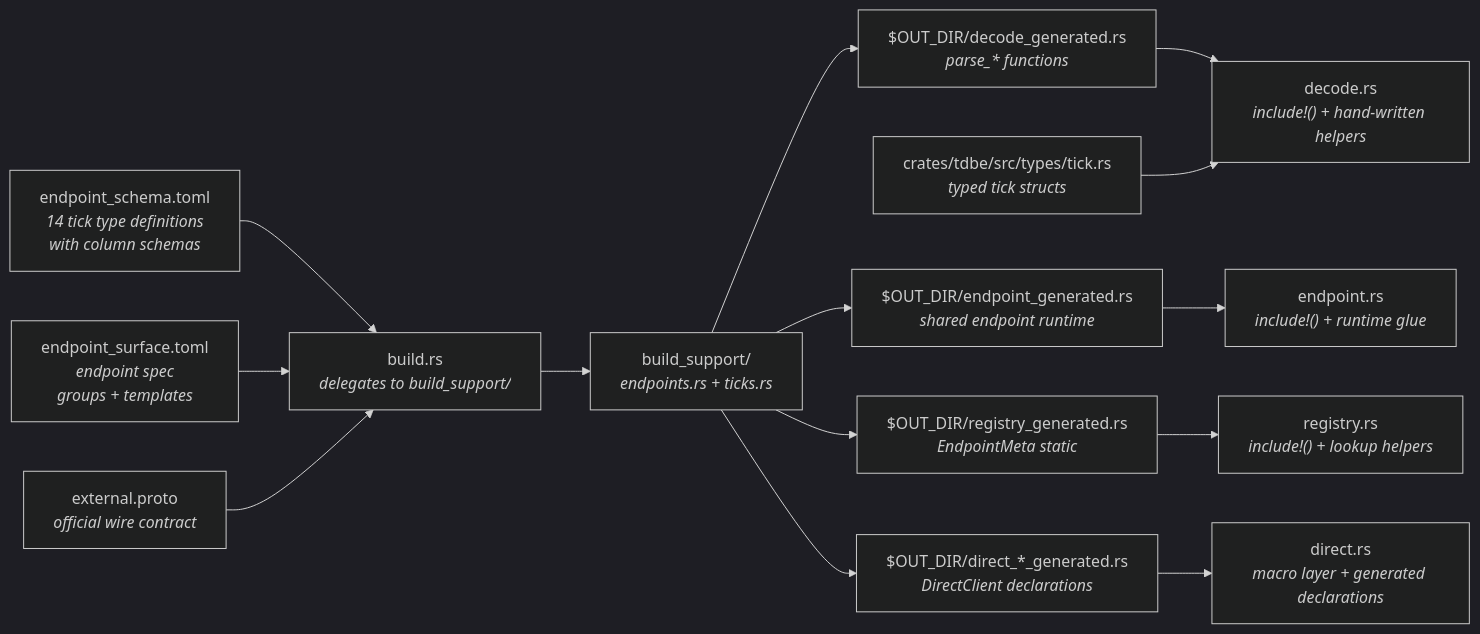
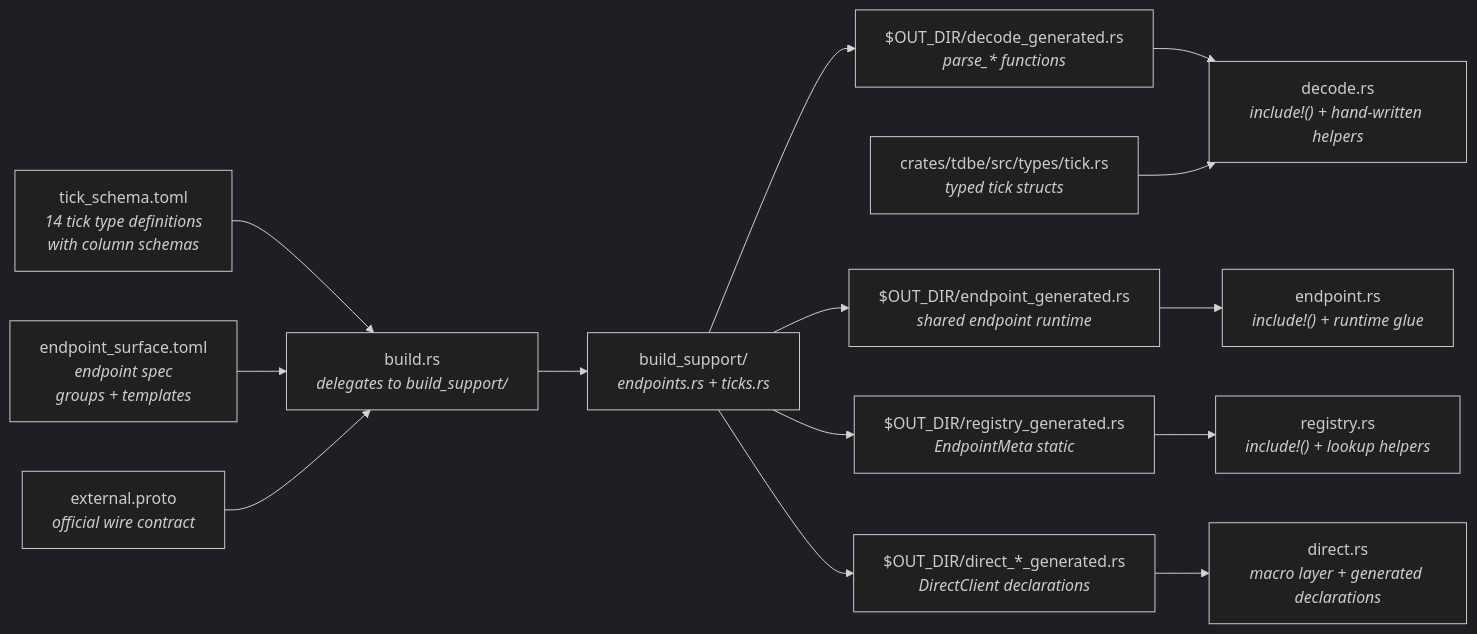
Before and after one commit to userFRM/ThetaDataDx: the sixth of 15 diagrams in docs/architecture.md, drawn with Mermaid (dark theme). The commit also changed other lines of this file and 15 other files, not shown here.

First line of the commit message:
fix(build): parse TOML+proto once, add EndpointError impls, rename tick schema (#230)

````diff
--- a/docs/architecture.md
+++ b/docs/architecture.md
@@ -161,31 +161,31 @@
 ```mermaid
 flowchart LR
-    TOML["endpoint_schema.toml<br/><i>14 tick type definitions<br/>with column schemas</i>"]
+    TOML["tick_schema.toml<br/><i>14 tick type definitions<br/>with column schemas</i>"]
     SURFACE["endpoint_surface.toml<br/><i>endpoint spec<br/>groups + templates</i>"]
     PROTO["external.proto<br/><i>official wire contract</i>"]
     BUILD["build.rs<br/><i>delegates to build_support/</i>"]
     SUPPORT["build_support/<br/><i>endpoints.rs + ticks.rs</i>"]
     PARSERS["$OUT_DIR/decode_generated.rs<br/><i>parse_* functions</i>"]
     RUNTIME["$OUT_DIR/endpoint_generated.rs<br/><i>shared endpoint runtime</i>"]
     REGISTRY_GEN["$OUT_DIR/registry_generated.rs<br/><i>EndpointMeta static</i>"]
     DIRECT_GEN["$OUT_DIR/direct_*_generated.rs<br/><i>DirectClient declarations</i>"]
     TICK["crates/tdbe/src/types/tick.rs<br/><i>typed tick structs</i>"]
     DECODE["decode.rs<br/><i>include!() + hand-written helpers</i>"]
     ENDPOINT["endpoint.rs<br/><i>include!() + runtime glue</i>"]
     REGISTRY["registry.rs<br/><i>include!() + lookup helpers</i>"]
     DIRECT["direct.rs<br/><i>macro layer + generated declarations</i>"]
 
     TOML --> BUILD
     SURFACE --> BUILD
     PROTO --> BUILD
     BUILD --> SUPPORT
     SUPPORT --> PARSERS
     SUPPORT --> RUNTIME
     SUPPORT --> REGISTRY_GEN
     SUPPORT --> DIRECT_GEN
     PARSERS --> DECODE
     TICK --> DECODE
     RUNTIME --> ENDPOINT
     REGISTRY_GEN --> REGISTRY
     DIRECT_GEN --> DIRECT
 ```
````
